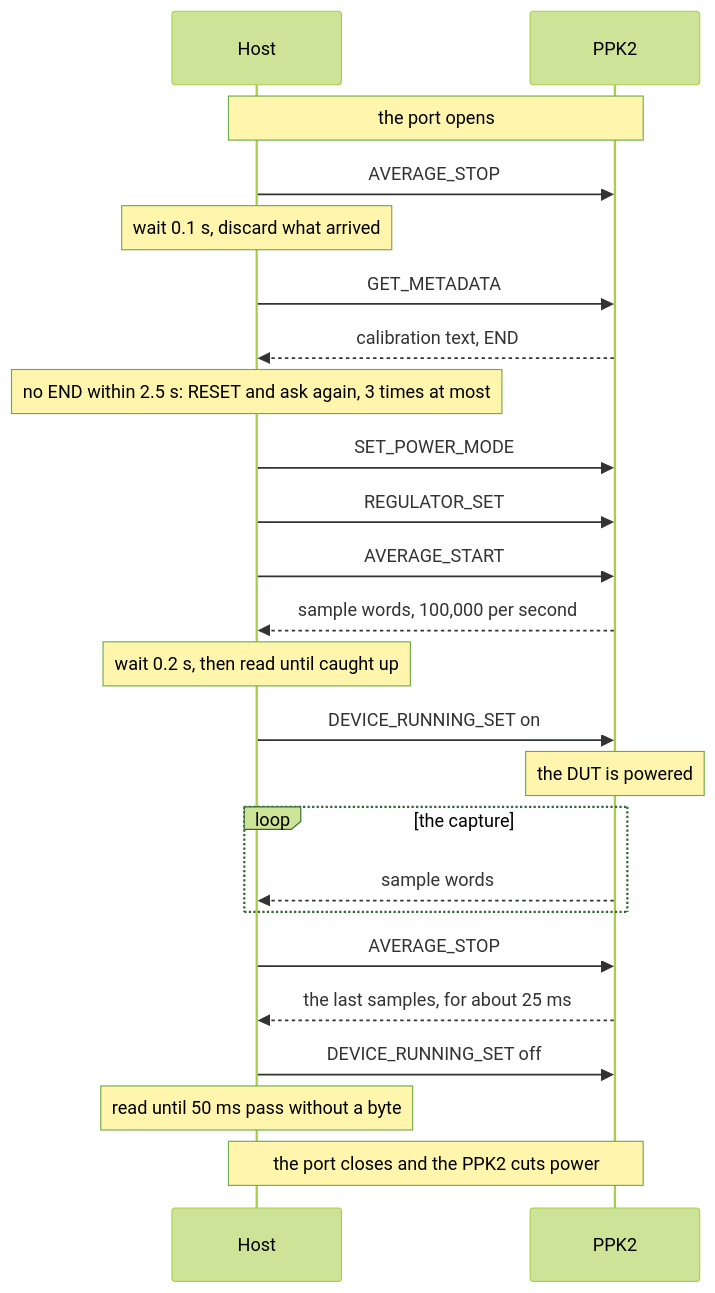
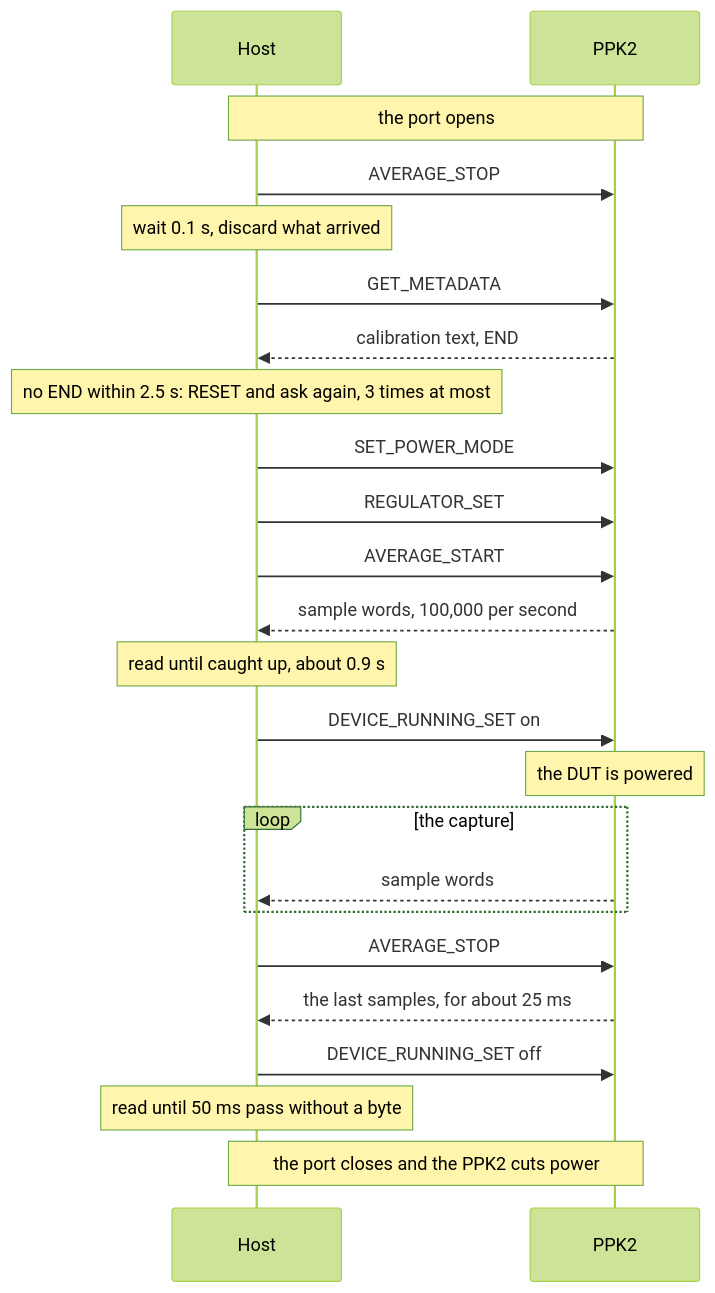
Before and after one commit to rdagher/ppk2-lib: the fourth of 4 diagrams in docs/measure/protocol.md, drawn with Mermaid (forest theme). The commit also changed other lines of this file and 14 other files, not shown here.

````diff
--- a/docs/measure/protocol.md
+++ b/docs/measure/protocol.md
@@ -297,30 +298,30 @@
 ```mermaid
 sequenceDiagram
     participant Host
     participant PPK2
 
     Note over Host,PPK2: the port opens
     Host->>PPK2: AVERAGE_STOP
     Note over Host: wait 0.1 s, discard what arrived
     Host->>PPK2: GET_METADATA
     PPK2-->>Host: calibration text, END
     Note over Host: no END within 2.5 s: RESET and ask again, 3 times at most
 
     Host->>PPK2: SET_POWER_MODE
     Host->>PPK2: REGULATOR_SET
     Host->>PPK2: AVERAGE_START
     PPK2-->>Host: sample words, 100,000 per second
-    Note over Host: wait 0.2 s, then read until caught up
+    Note over Host: read until caught up, about 0.9 s
     Host->>PPK2: DEVICE_RUNNING_SET on
     Note over PPK2: the DUT is powered
 
     loop the capture
         PPK2-->>Host: sample words
     end
 
     Host->>PPK2: AVERAGE_STOP
     PPK2-->>Host: the last samples, for about 25 ms
     Host->>PPK2: DEVICE_RUNNING_SET off
     Note over Host: read until 50 ms pass without a byte
     Note over Host,PPK2: the port closes and the PPK2 cuts power
 ```
````
